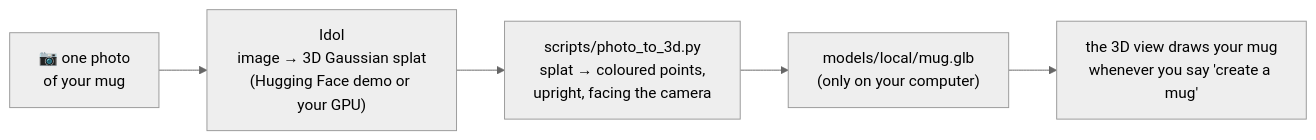
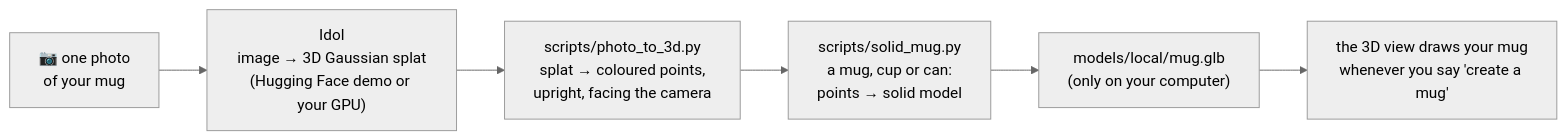
Before and after one commit to gabripo/move_the_bot: the diagram in docs/your-own-objects.md, drawn with Mermaid (neutral theme). The commit also changed other lines of this file and 7 other files, not shown here.

First line of the commit message:
Solid models for mugs, cups and cans: scripts/solid_mug.py

````diff
--- a/docs/your-own-objects.md
+++ b/docs/your-own-objects.md
@@ -11,7 +11,8 @@
 ```mermaid
 flowchart LR
     P["📷 one photo<br/>of your mug"] --> I["Idol<br/>image → 3D Gaussian splat<br/>(Hugging Face demo or your GPU)"]
     I --> S["scripts/photo_to_3d.py<br/>splat → coloured points,<br/>upright, facing the camera"]
-    S --> L["models/local/mug.glb<br/>(only on your computer)"]
+    S --> M["scripts/solid_mug.py<br/>a mug, cup or can:<br/>points → solid model"]
+    M --> L["models/local/mug.glb<br/>(only on your computer)"]
     L --> W["the 3D view draws your mug<br/>whenever you say 'create a mug'"]
 ```
````
